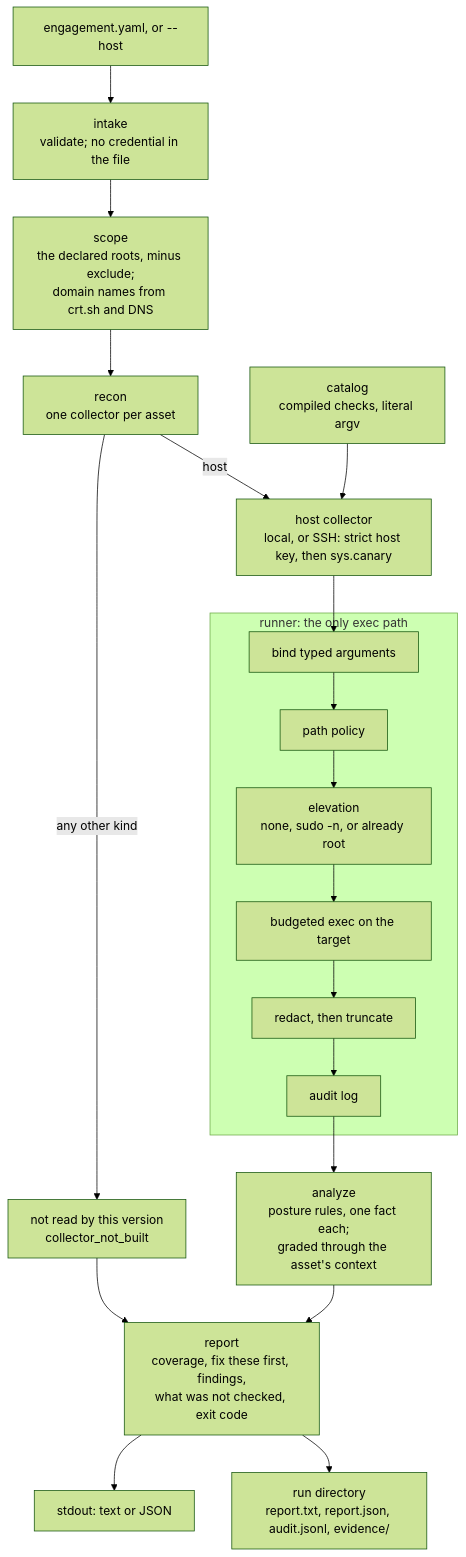
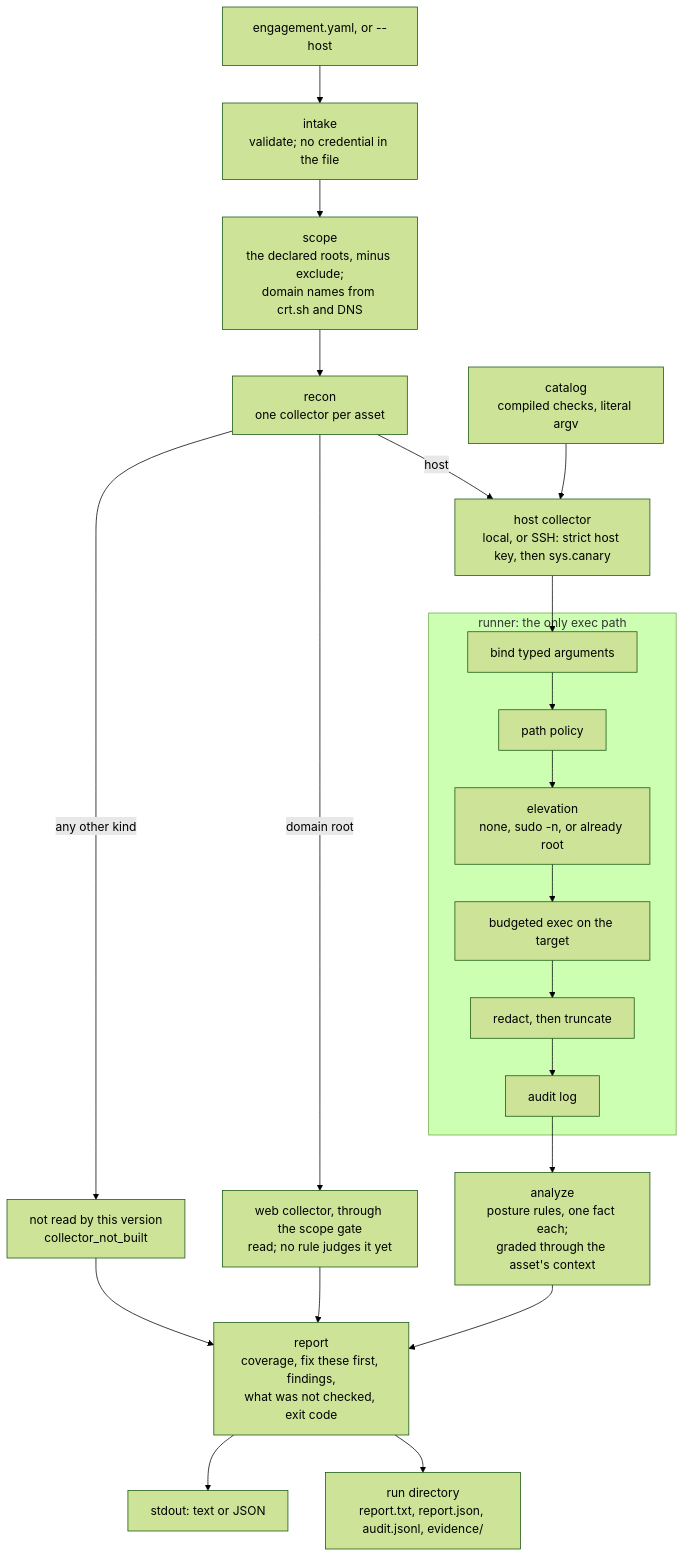
The diagram in README.md (B87/scheck), drawn with Mermaid (forest theme) before and after one commit. The commit also changed other lines of this file and 18 other files, not shown here.

````diff
--- a/README.md
+++ b/README.md
@@ -42,25 +45,27 @@
 ```mermaid
 flowchart TD
   input["engagement.yaml, or --host"] --> intake["intake<br/>validate; no credential in the file"]
   intake --> scope["scope<br/>the declared roots, minus exclude;<br/>domain names from crt.sh and DNS"]
   scope --> recon["recon<br/>one collector per asset"]
 
   recon -->|host| host["host collector<br/>local, or SSH: strict host key, then sys.canary"]
+  recon -->|domain root| web["web collector, through the scope gate<br/>read; no rule judges it yet"]
   recon -->|any other kind| none["not read by this version<br/>collector_not_built"]
 
   catalog["catalog<br/>compiled checks, literal argv"] --> host
   subgraph runner ["runner: the only exec path"]
     bind["bind typed arguments"] --> pathpol["path policy"]
     pathpol --> elevate["elevation<br/>none, sudo -n, or already root"]
     elevate --> execn["budgeted exec on the target"]
     execn --> redact["redact, then truncate"]
     redact --> audit["audit log"]
   end
   host --> bind
 
   audit --> analyze["analyze<br/>posture rules, one fact each;<br/>graded through the asset's context"]
   none --> report
+  web --> report
   analyze --> report["report<br/>coverage, fix these first, findings,<br/>what was not checked, exit code"]
   report --> out["stdout: text or JSON"]
   report --> rundir["run directory<br/>report.txt, report.json, audit.jsonl, evidence/"]
 ```
````
